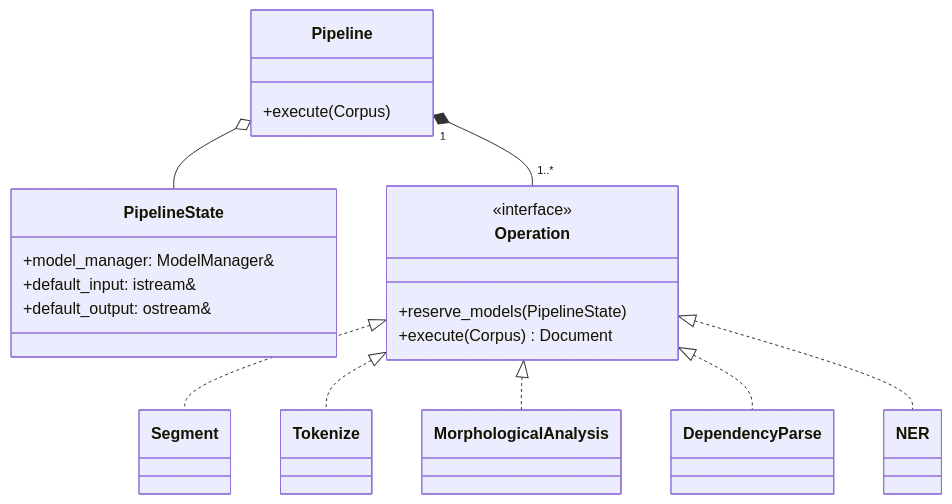
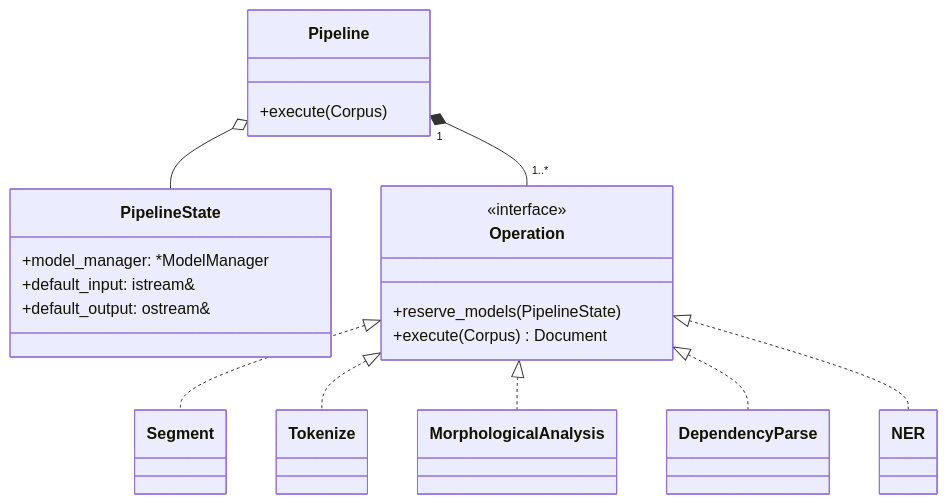
The third of 8 diagrams in docs/src/dev/architecture.md (ufal/linpipe), drawn with Mermaid before and after one commit. The commit also changed other lines of this file, not shown here.

Commit message:
Finalized a LinPipe System architecture Overview.

````diff
--- a/docs/src/dev/architecture.md
+++ b/docs/src/dev/architecture.md
@@ -116,33 +97,33 @@
 ```mermaid
 classDiagram
   class Pipeline {
     +execute(Corpus)
   }
 
   class PipelineState {
-    +model_manager: ModelManager&
+    +model_manager: *ModelManager
     +default_input: istream&
     +default_output: ostream&
   }
 
   class Operation {
     <<interface>>
     +reserve_models(PipelineState)
     +execute(Corpus) Document
   }
 
   Pipeline "1" *-- "1..*" Operation
   Pipeline o-- PipelineState
 
   class Segment
   class Tokenize
   class MorphologicalAnalysis
   class DependencyParse
   class NER
 
   Operation <|.. Segment
   Operation <|.. Tokenize
   Operation <|.. MorphologicalAnalysis
   Operation <|.. DependencyParse
   Operation <|.. NER
 ```
````
